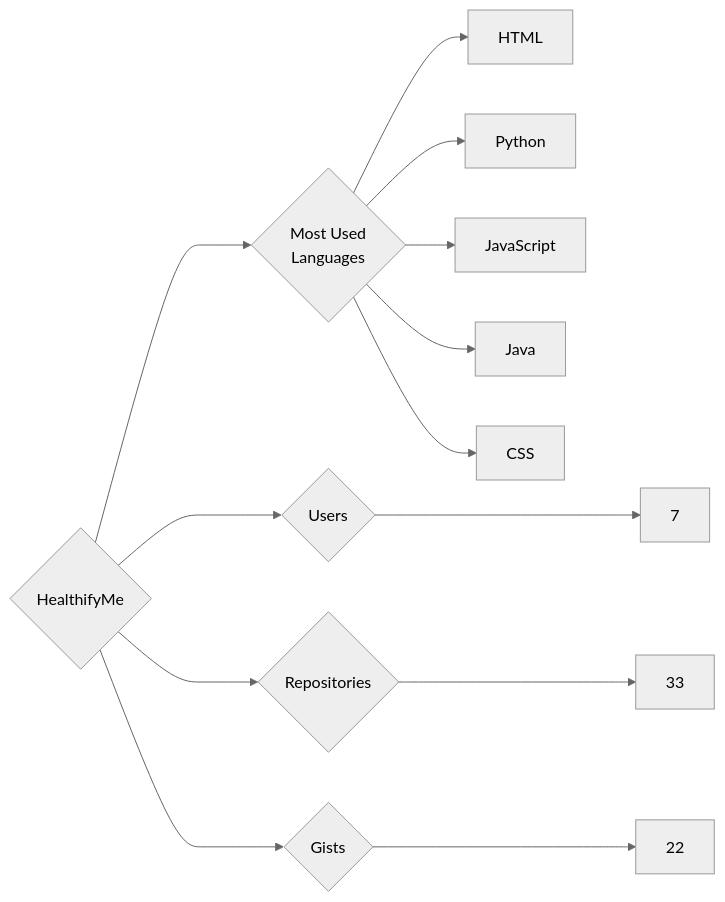
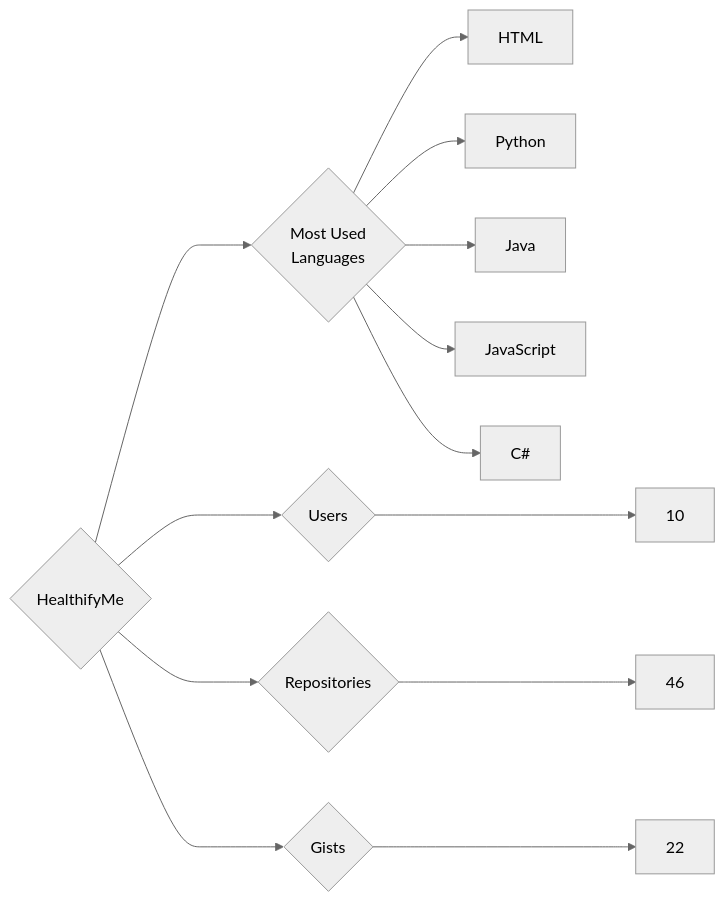
Before and after one commit to trickest/insiders: the diagram in targets/HealthifyMe/README.md, drawn with Mermaid (neutral theme). The commit also changed 1212 other files, not shown here.

````diff
--- a/targets/HealthifyMe/README.md
+++ b/targets/HealthifyMe/README.md
@@ -3,13 +3,13 @@
 ```mermaid
 graph LR
 COMPANY_NAME{HealthifyMe}
-COMPANY_NAME ---> U{Users} ---> UN[7]
-COMPANY_NAME ---> R{Repositories} ---> RN[33]
+COMPANY_NAME ---> U{Users} ---> UN[10]
+COMPANY_NAME ---> R{Repositories} ---> RN[46]
 COMPANY_NAME ---> G{Gists} ---> GN[22]
 COMPANY_NAME ---> ML{Most Used<br>Languages}
 ML --> HTML[HTML]
 ML --> Python[Python]
+ML --> Java[Java]
 ML --> JavaScript[JavaScript]
-ML --> Java[Java]
-ML --> CSS[CSS]
+ML --> C#[C#]
 ```
````
